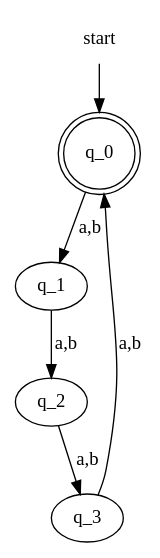
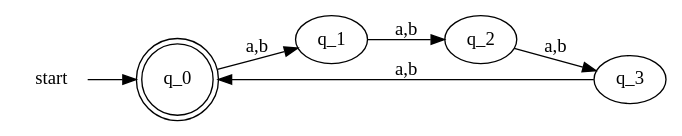
The diagram in examples/example4.dot (hammadrauf/automata), drawn with Graphviz before and after one commit. The commit also changed 9 other files, not shown here.

Commit message:
Make graphs horizontal instead of vertical

```diff
--- a/examples/example4.dot
+++ b/examples/example4.dot
@@ -1,9 +1,10 @@
 digraph automaton {
+	graph [rankdir=LR];
 	start [shape=plaintext];
 	start -> q_0
 	q_0 [shape=doublecircle];
 	q_0 -> q_1 [label="a,b"];
 	q_1 -> q_2 [label="a,b"];
 	q_2 -> q_3 [label="a,b"];
 	q_3 -> q_0 [label="a,b"];
 }
```
